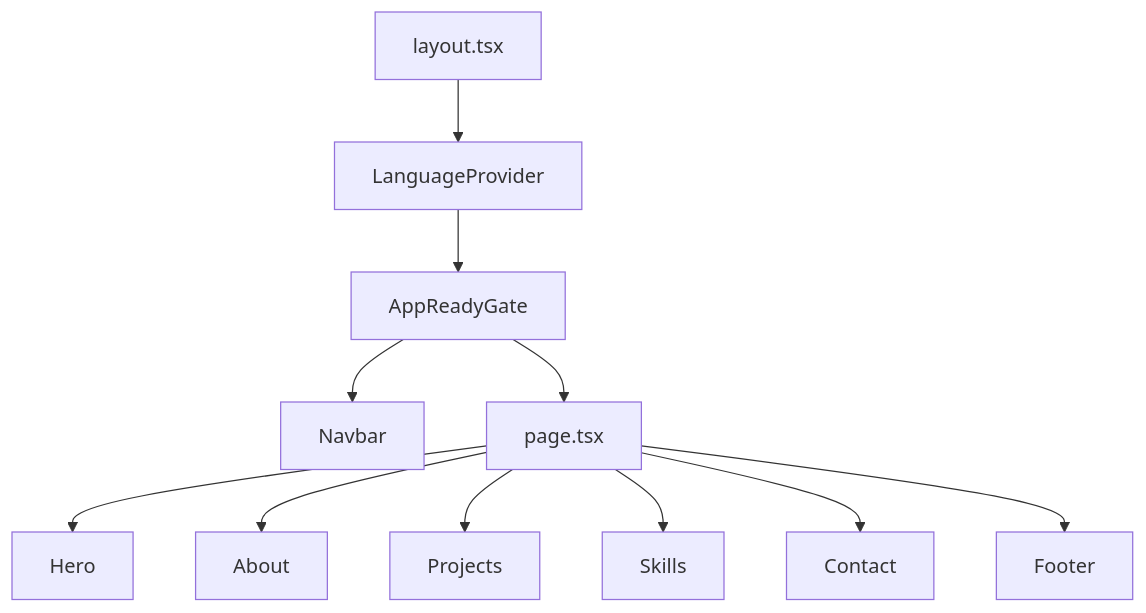
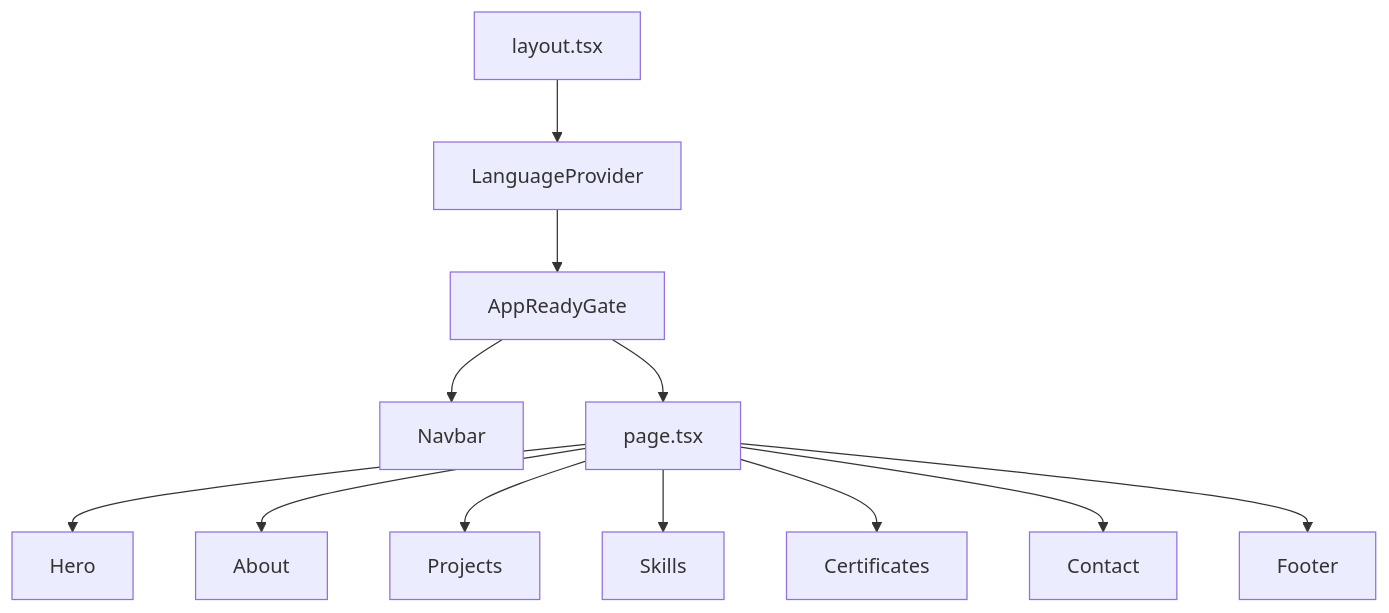
Before and after one commit to julianmeoficial/portfoliojme: the diagram in docs/ARCHITECTURE.md, drawn with Mermaid. The commit also changed other lines of this file and 13 other files, not shown here.

````diff
--- a/docs/ARCHITECTURE.md
+++ b/docs/ARCHITECTURE.md
@@ -38,25 +40,27 @@
 ```mermaid
 flowchart TD
     layout[layout.tsx]
     lang[LanguageProvider]
     gate[AppReadyGate]
     nav[Navbar]
     page[page.tsx]
     hero[Hero]
     about[About]
     projects[Projects]
     skills[Skills]
+    certificates[Certificates]
     contact[Contact]
     footer[Footer]
 
     layout --> lang
     lang --> gate
     gate --> nav
     gate --> page
     page --> hero
     page --> about
     page --> projects
     page --> skills
+    page --> certificates
     page --> contact
     page --> footer
 ```
````
